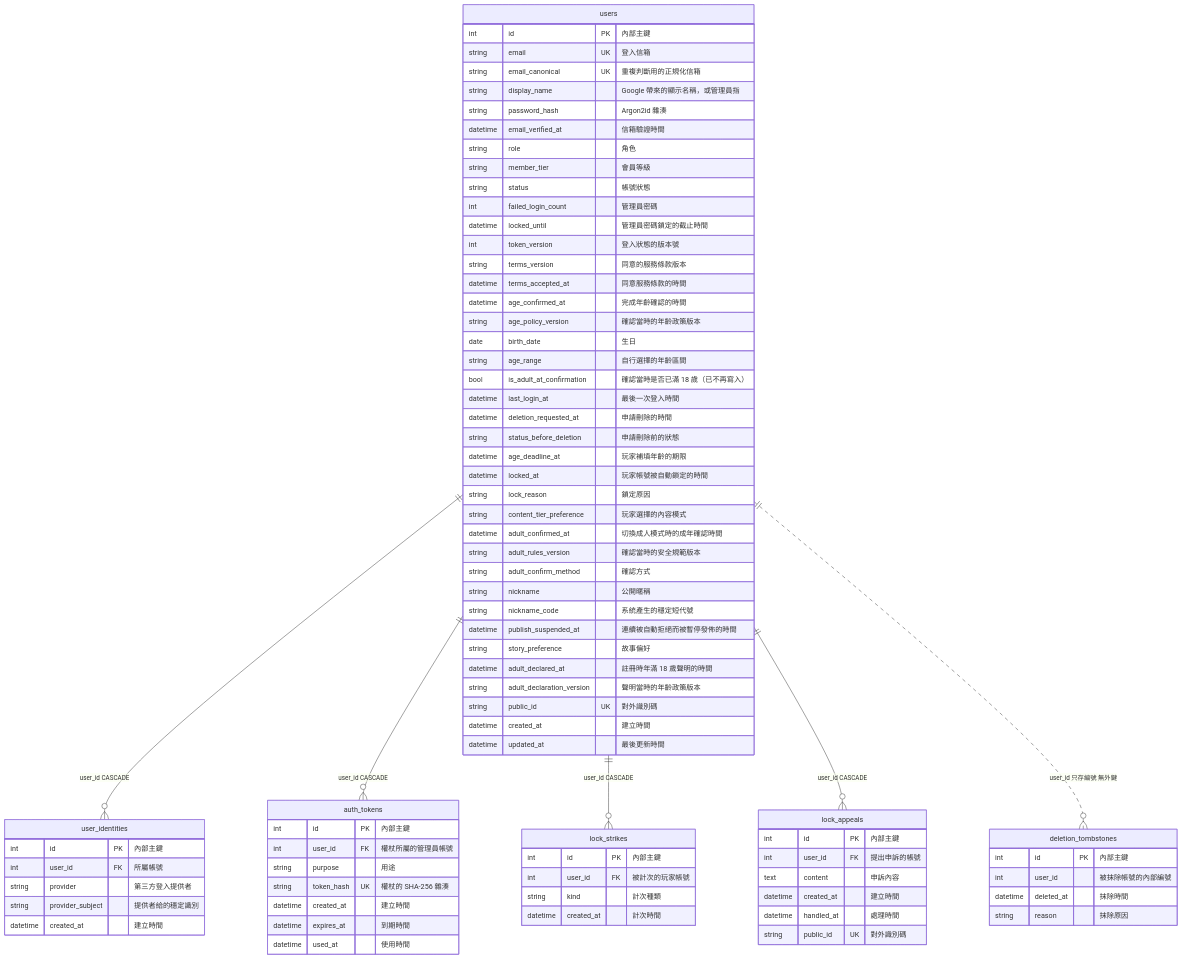
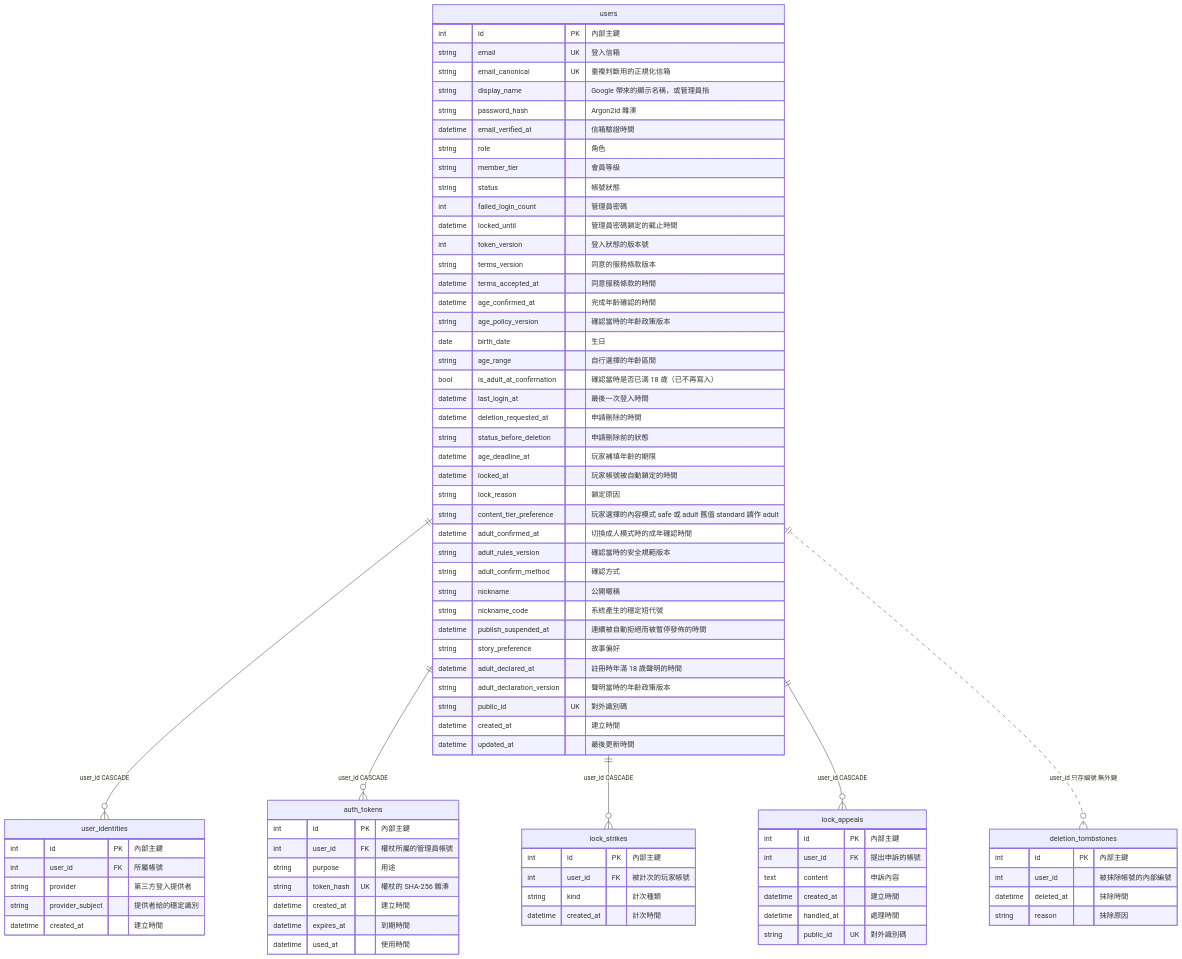
Before and after one commit to pp466pp466/R.A.C: the third of 12 diagrams in docs/project資料結構文件.md, drawn with Mermaid. The commit also changed other lines of this file and 68 other files, not shown here.

```diff
--- a/docs/project資料結構文件.md
+++ b/docs/project資料結構文件.md
@@ -227,7 +227,7 @@
         datetime age_deadline_at "玩家補填年齡的期限"
         datetime locked_at "玩家帳號被自動鎖定的時間"
         string lock_reason "鎖定原因"
-        string content_tier_preference "玩家選擇的內容模式"
+        string content_tier_preference "玩家選擇的內容模式 safe 或 adult 舊值 standard 讀作 adult"
         datetime adult_confirmed_at "切換成人模式時的成年確認時間"
         string adult_rules_version "確認當時的安全規範版本"
         string adult_confirm_method "確認方式"
```
